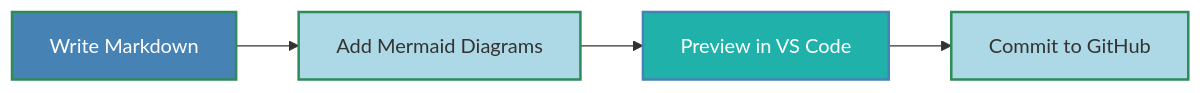
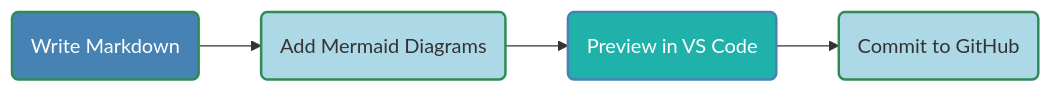
One commit to buckeye43210/markdown-to-snowkb changed the second of 4 diagrams in README.md. Above: the diagram before and after it, drawn with Mermaid. The commit also changed other lines of this file, not shown here.

Commit message:
revising diagrams

````diff
--- a/README.md
+++ b/README.md
@@ -78,10 +78,11 @@
 ```mermaid
 graph LR
-    A[Write Markdown] --> B[Add Mermaid Diagrams]
-    B --> C[Preview in VS Code]
-    C --> D[Commit to GitHub]
+    A(Write Markdown) --> B(Add Mermaid Diagrams)
+    B --> C(Preview in VS Code)
+    C --> D(Commit to GitHub)
+
     style A fill:#4682B4,stroke:#2E8B57,stroke-width:2px,color:#FFFFFF
     style B fill:#ADD8E6,stroke:#2E8B57,stroke-width:2px
     style C fill:#20B2AA,stroke:#4682B4,stroke-width:2px,color:#FFFFFF
     style D fill:#ADD8E6,stroke:#2E8B57,stroke-width:2px
 ```    
````
